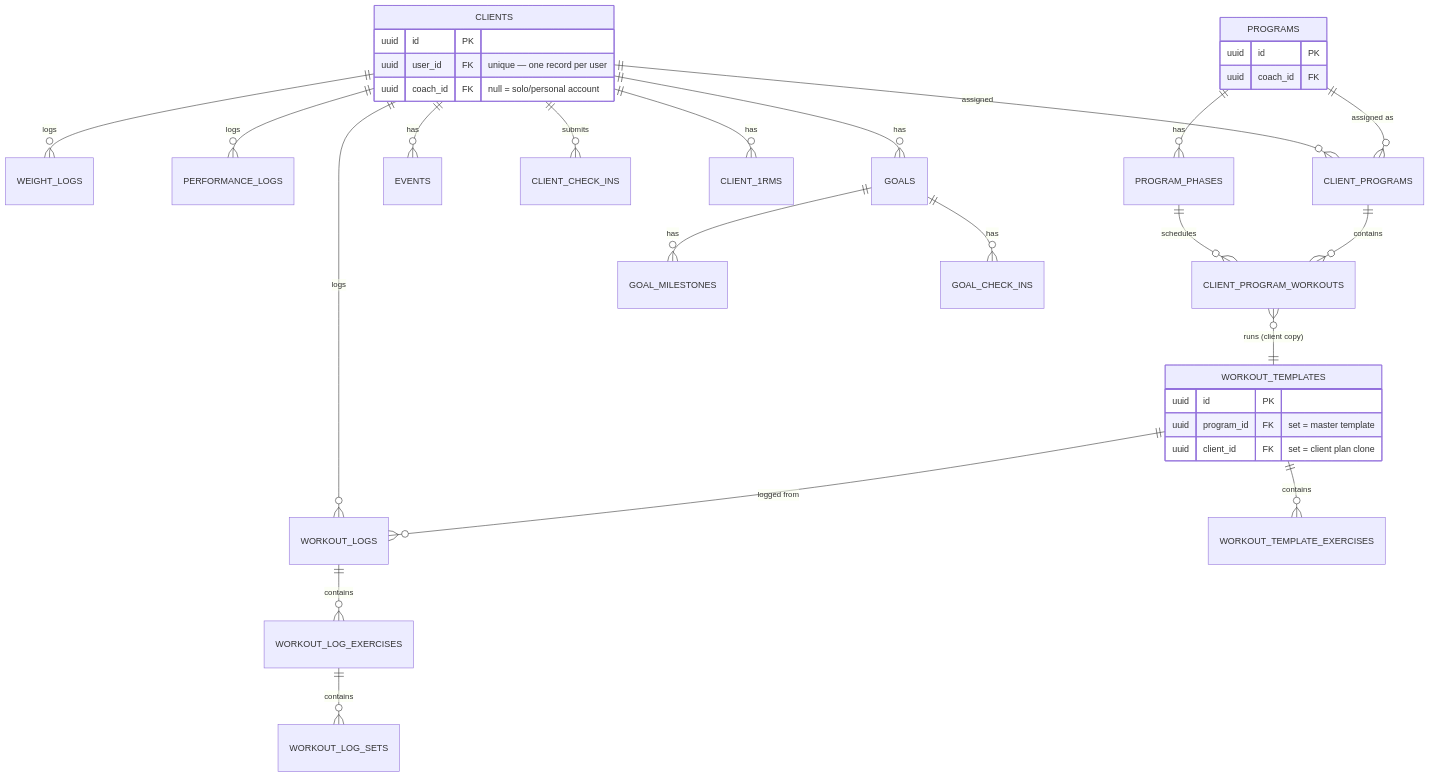
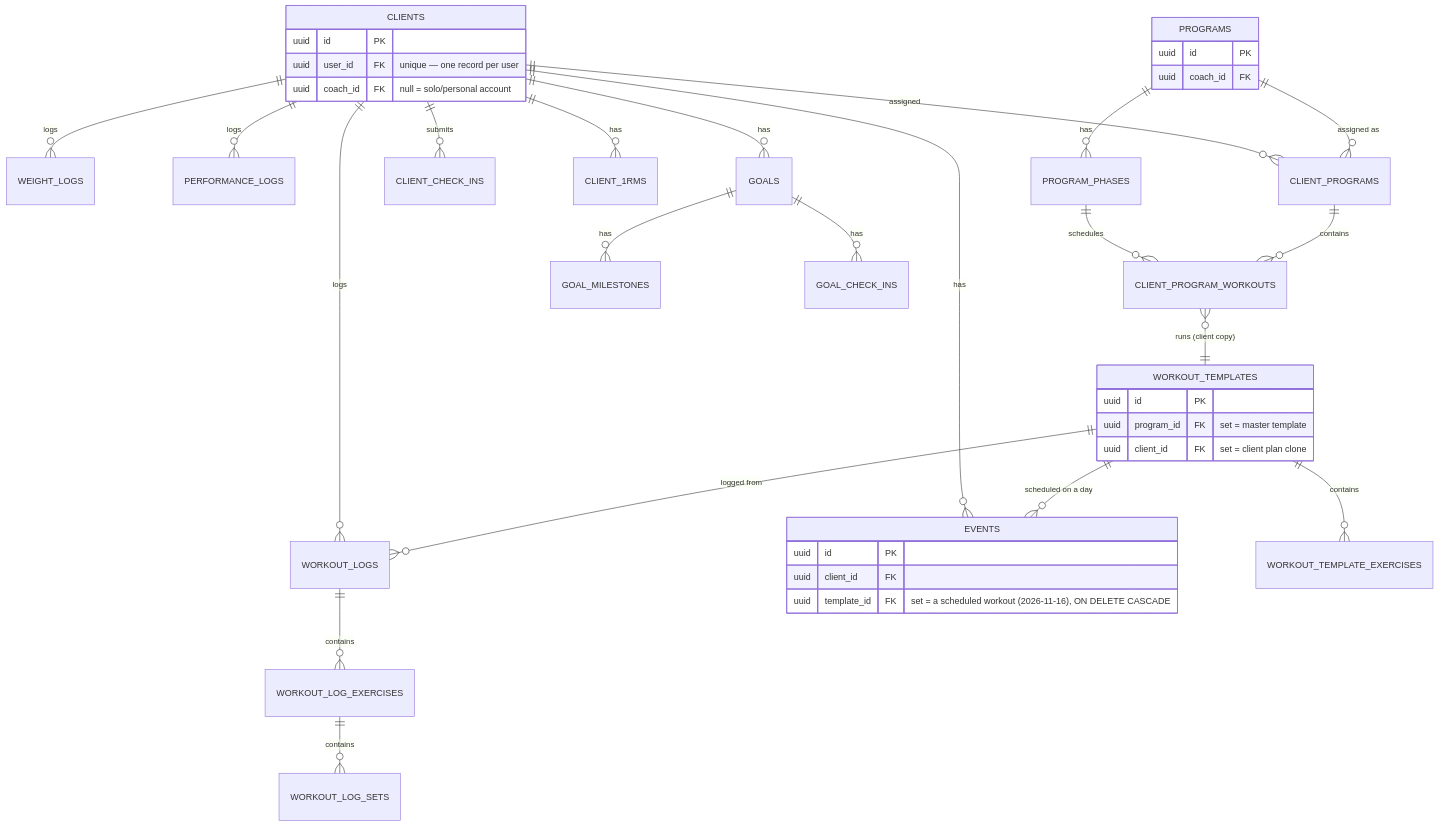
One commit to jakendwest-ops/coachapp changed the first of 4 diagrams in docs/schema.md. Above: the diagram before and after it, drawn with Mermaid. The commit also changed other lines of this file and 15 other files, not shown here.

````diff
--- a/docs/schema.md
+++ b/docs/schema.md
@@ -14,42 +14,48 @@
 ```mermaid
 erDiagram
     CLIENTS ||--o{ WEIGHT_LOGS : logs
     CLIENTS ||--o{ PERFORMANCE_LOGS : logs
     CLIENTS ||--o{ WORKOUT_LOGS : logs
     CLIENTS ||--o{ GOALS : has
     CLIENTS ||--o{ EVENTS : has
     CLIENTS ||--o{ CLIENT_CHECK_INS : submits
     CLIENTS ||--o{ CLIENT_1RMS : has
     CLIENTS ||--o{ CLIENT_PROGRAMS : assigned
 
     PROGRAMS ||--o{ PROGRAM_PHASES : has
     PROGRAMS ||--o{ CLIENT_PROGRAMS : "assigned as"
     PROGRAM_PHASES ||--o{ CLIENT_PROGRAM_WORKOUTS : schedules
 
     CLIENT_PROGRAMS ||--o{ CLIENT_PROGRAM_WORKOUTS : contains
     CLIENT_PROGRAM_WORKOUTS }o--|| WORKOUT_TEMPLATES : "runs (client copy)"
 
     WORKOUT_TEMPLATES ||--o{ WORKOUT_TEMPLATE_EXERCISES : contains
     WORKOUT_TEMPLATES ||--o{ WORKOUT_LOGS : "logged from"
+    WORKOUT_TEMPLATES ||--o{ EVENTS : "scheduled on a day"
 
     WORKOUT_LOGS ||--o{ WORKOUT_LOG_EXERCISES : contains
     WORKOUT_LOG_EXERCISES ||--o{ WORKOUT_LOG_SETS : contains
 
     GOALS ||--o{ GOAL_MILESTONES : has
     GOALS ||--o{ GOAL_CHECK_INS : has
 
     CLIENTS {
         uuid id PK
         uuid user_id FK "unique — one record per user"
         uuid coach_id FK "null = solo/personal account"
     }
     PROGRAMS {
         uuid id PK
         uuid coach_id FK
     }
     WORKOUT_TEMPLATES {
         uuid id PK
         uuid program_id FK "set = master template"
         uuid client_id FK "set = client plan clone"
     }
+    EVENTS {
+        uuid id PK
+        uuid client_id FK
+        uuid template_id FK "set = a scheduled workout (2026-11-16), ON DELETE CASCADE"
+    }
 ```
````
